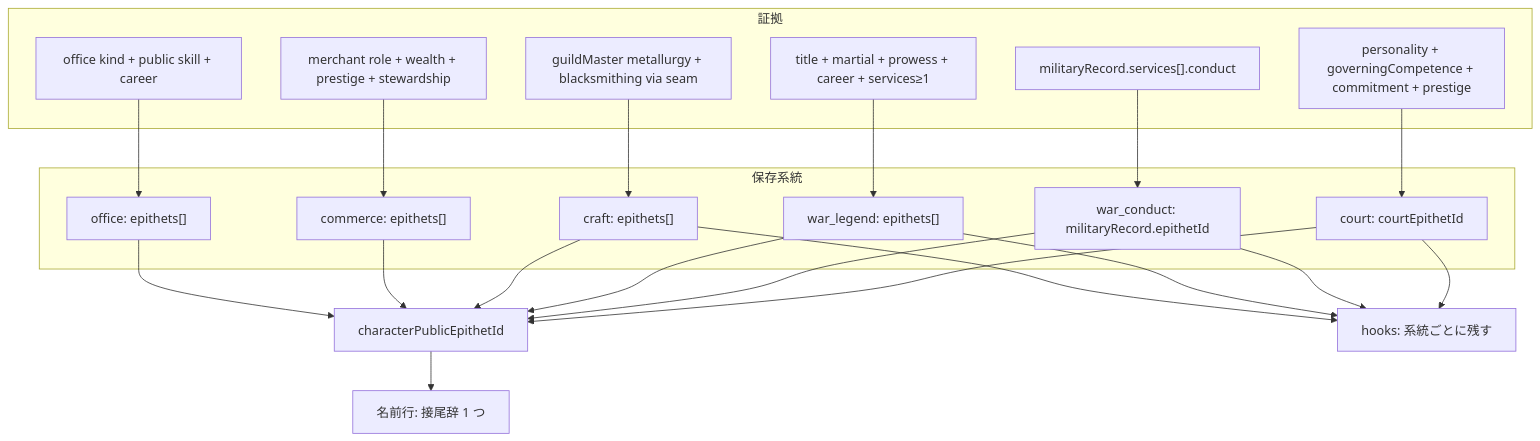
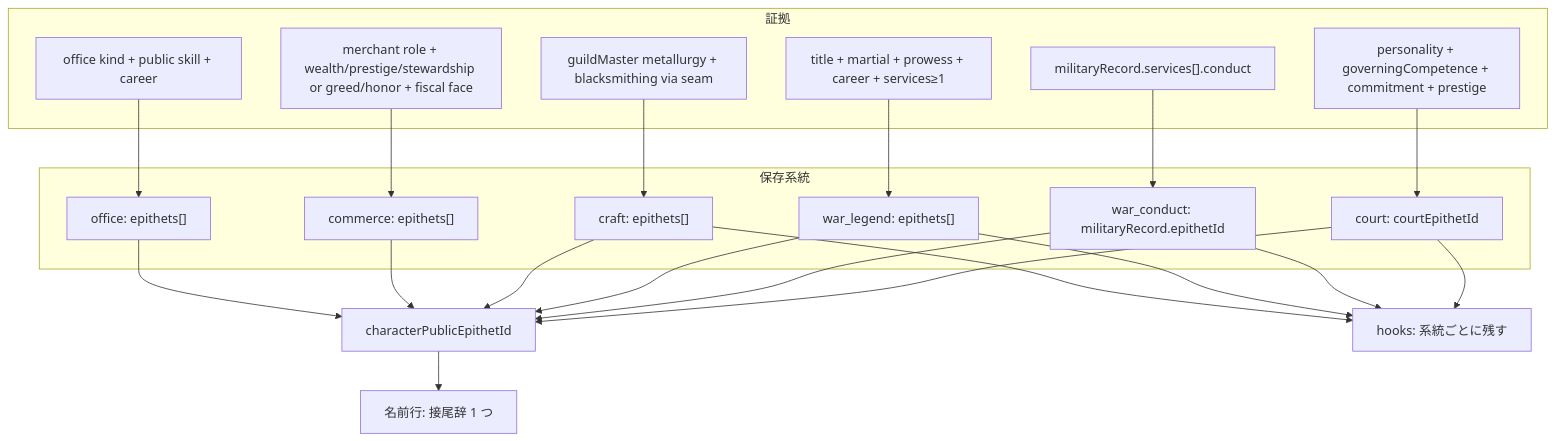
One commit to hywork2008/Fantasy-Map-Generator changed the first of 2 diagrams in docs/plan/characters/occupation-epithets.md. Above: the diagram before and after it, drawn with Mermaid. The commit also changed other lines of this file and 10 other files, not shown here.

````diff
--- a/docs/plan/characters/occupation-epithets.md
+++ b/docs/plan/characters/occupation-epithets.md
@@ -92,36 +92,36 @@
 ```mermaid
 flowchart TB
   subgraph evidence [証拠]
     courtEv["personality + governingCompetence + commitment + prestige"]
     warEv["militaryRecord.services[].conduct"]
     legendEv["title + martial + prowess + career + services≥1"]
     craftEv["guildMaster metallurgy + blacksmithing via seam"]
-    tradeEv["merchant role + wealth + prestige + stewardship"]
+    tradeEv["merchant role + wealth/prestige/stewardship or greed/honor + fiscal face"]
     officeEv["office kind + public skill + career"]
   end
   subgraph lineage [保存系統]
     court["court: courtEpithetId"]
     warc["war_conduct: militaryRecord.epithetId"]
     warl["war_legend: epithets[]"]
     craft["craft: epithets[]"]
     commerce["commerce: epithets[]"]
     office["office: epithets[]"]
   end
   courtEv --> court
   warEv --> warc
   legendEv --> warl
   craftEv --> craft
   tradeEv --> commerce
   officeEv --> office
   court --> resolver["characterPublicEpithetId"]
   warc --> resolver
   warl --> resolver
   craft --> resolver
   commerce --> resolver
   office --> resolver
   resolver --> nameLine["名前行: 接尾辞 1 つ"]
   court --> flavor["hooks: 系統ごとに残す"]
   warc --> flavor
   warl --> flavor
   craft --> flavor
 ```
````
